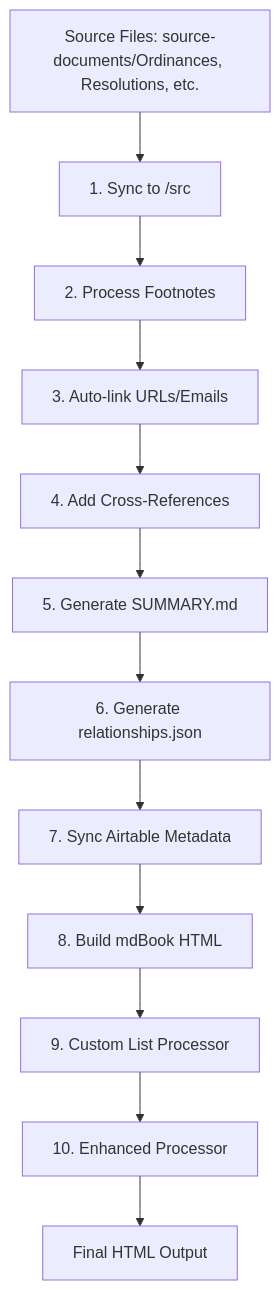
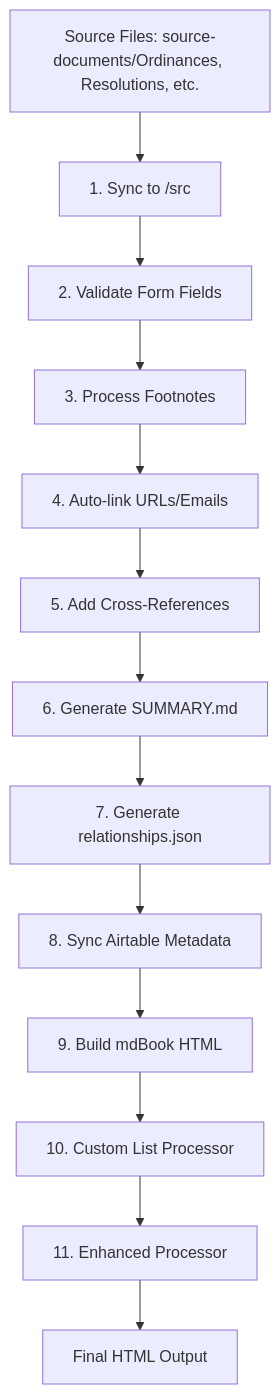
Before and after one commit to wifelette/city_of_rivergrove: the diagram in docs/build-architecture.md, drawn with Mermaid. The commit also changed other lines of this file and 4 other files, not shown here.

````diff
--- a/docs/build-architecture.md
+++ b/docs/build-architecture.md
@@ -20,14 +20,15 @@
 ```mermaid
 graph TD
     A[Source Files: source-documents/Ordinances, Resolutions, etc.] --> B[1. Sync to /src]
-    B --> C[2. Process Footnotes]
-    C --> D[3. Auto-link URLs/Emails]
-    D --> E[4. Add Cross-References]
-    E --> F[5. Generate SUMMARY.md]
-    F --> G[6. Generate relationships.json]
-    G --> H[7. Sync Airtable Metadata]
-    H --> I[8. Build mdBook HTML]
-    I --> J[9. Custom List Processor]
-    J --> K[10. Enhanced Processor]
+    B --> V[2. Validate Form Fields]
+    V --> C[3. Process Footnotes]
+    C --> D[4. Auto-link URLs/Emails]
+    D --> E[5. Add Cross-References]
+    E --> F[6. Generate SUMMARY.md]
+    F --> G[7. Generate relationships.json]
+    G --> H[8. Sync Airtable Metadata]
+    H --> I[9. Build mdBook HTML]
+    I --> J[10. Custom List Processor]
+    J --> K[11. Enhanced Processor]
     K --> L[Final HTML Output]
 ```
````
